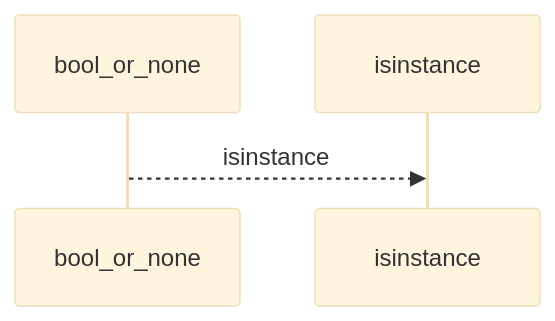
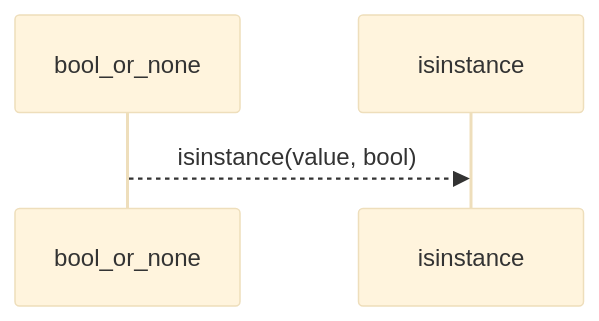
Before and after one commit to Denissvgn/python-wiki-llm: the first of 2 diagrams in docs/llm_wiki/flows/api-bool_or_none.md, drawn with Mermaid (base theme). The commit also changed other lines of this file and 1410 other files, not shown here.

````diff
--- a/docs/llm_wiki/flows/api-bool_or_none.md
+++ b/docs/llm_wiki/flows/api-bool_or_none.md
@@ -10,6 +12,6 @@
 ```mermaid
 sequenceDiagram
     participant p0 as bool_or_none
     participant p1 as isinstance
-    p0-->>p1: isinstance
+    p0-->>p1: isinstance(value, bool)
 ```
````
